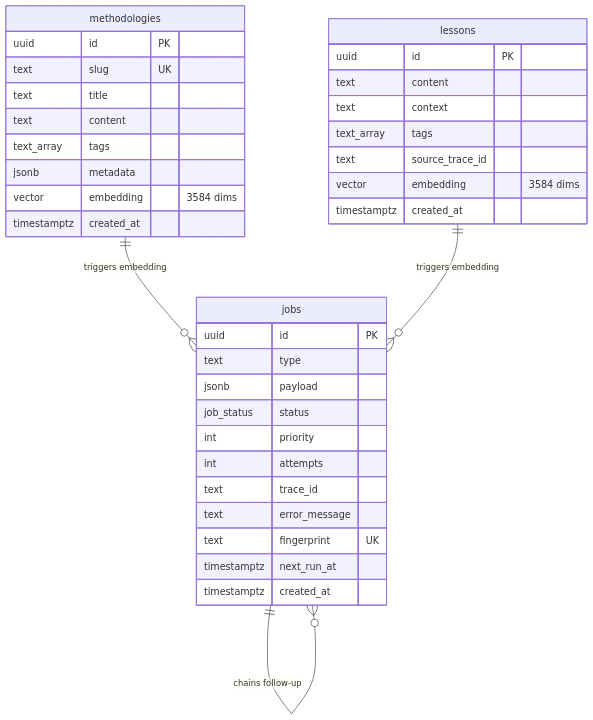
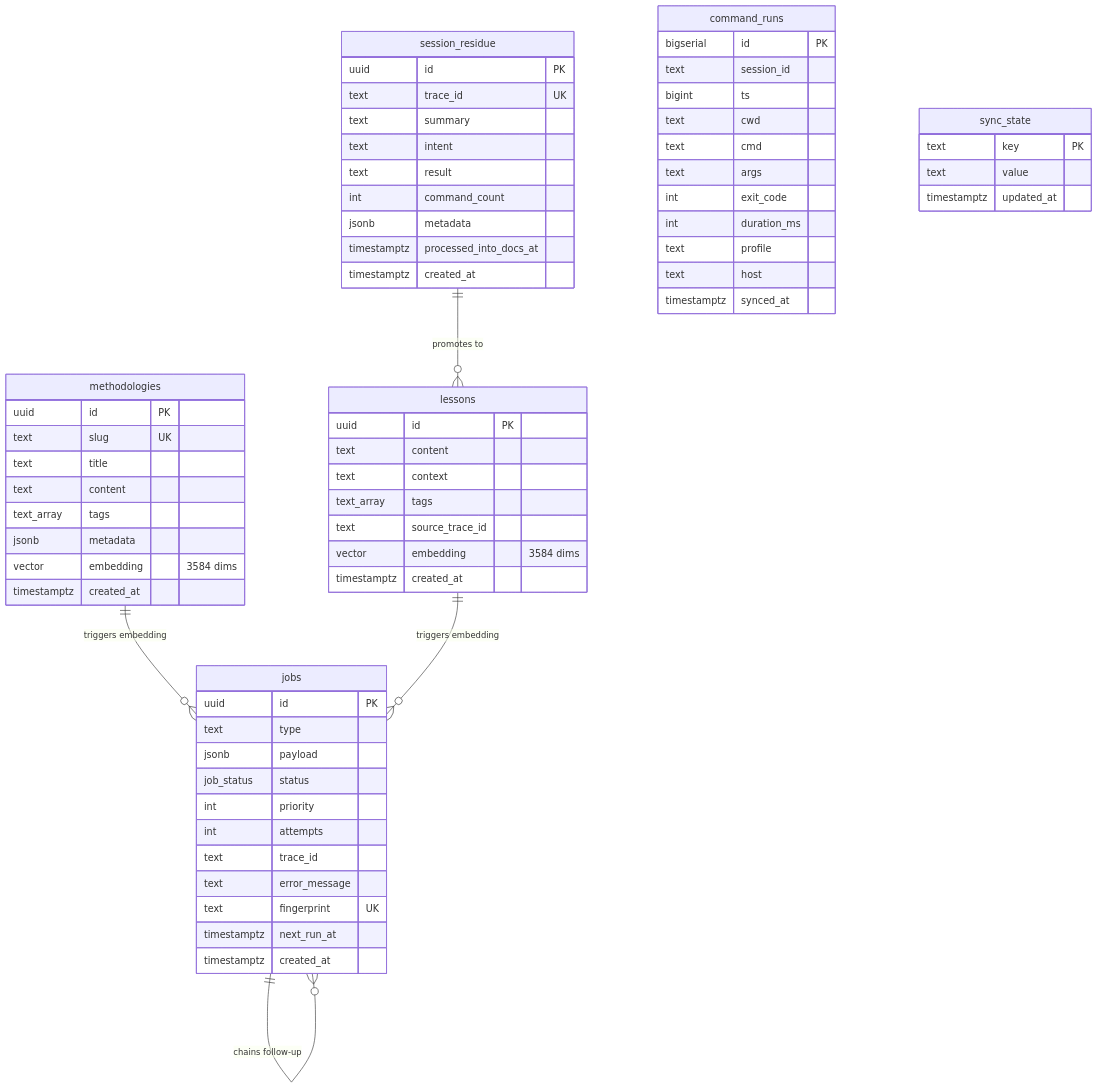
The third of 6 diagrams in docs/architecture.md (just3ws/zdots), drawn with Mermaid before and after one commit. The commit also changed other lines of this file and 3 other files, not shown here.

First line of the commit message:
docs(diagrams): fix accuracy across all Mermaid diagrams

````diff
--- a/docs/architecture.md
+++ b/docs/architecture.md
@@ -145,41 +145,74 @@
 ```mermaid
 erDiagram
     methodologies ||--o{ jobs : "triggers embedding"
     lessons ||--o{ jobs : "triggers embedding"
     jobs ||--o{ jobs : "chains follow-up"
+    session_residue ||--o{ lessons : "promotes to"
     
     methodologies {
         uuid id PK
         text slug UK
         text title
         text content
         text_array tags
         jsonb metadata
         vector embedding "3584 dims"
         timestamptz created_at
     }
     
     lessons {
         uuid id PK
         text content
         text context
         text_array tags
         text source_trace_id
         vector embedding "3584 dims"
         timestamptz created_at
     }
     
     jobs {
         uuid id PK
         text type
         jsonb payload
         job_status status
         int priority
         int attempts
         text trace_id
         text error_message
         text fingerprint UK
         timestamptz next_run_at
         timestamptz created_at
     }
+
+    session_residue {
+        uuid id PK
+        text trace_id UK
+        text summary
+        text intent
+        text result
+        int command_count
+        jsonb metadata
+        timestamptz processed_into_docs_at
+        timestamptz created_at
+    }
+
+    command_runs {
+        bigserial id PK
+        text session_id
+        bigint ts
+        text cwd
+        text cmd
+        text args
+        int exit_code
+        int duration_ms
+        text profile
+        text host
+        timestamptz synced_at
+    }
+
+    sync_state {
+        text key PK
+        text value
+        timestamptz updated_at
+    }
 ```
````
